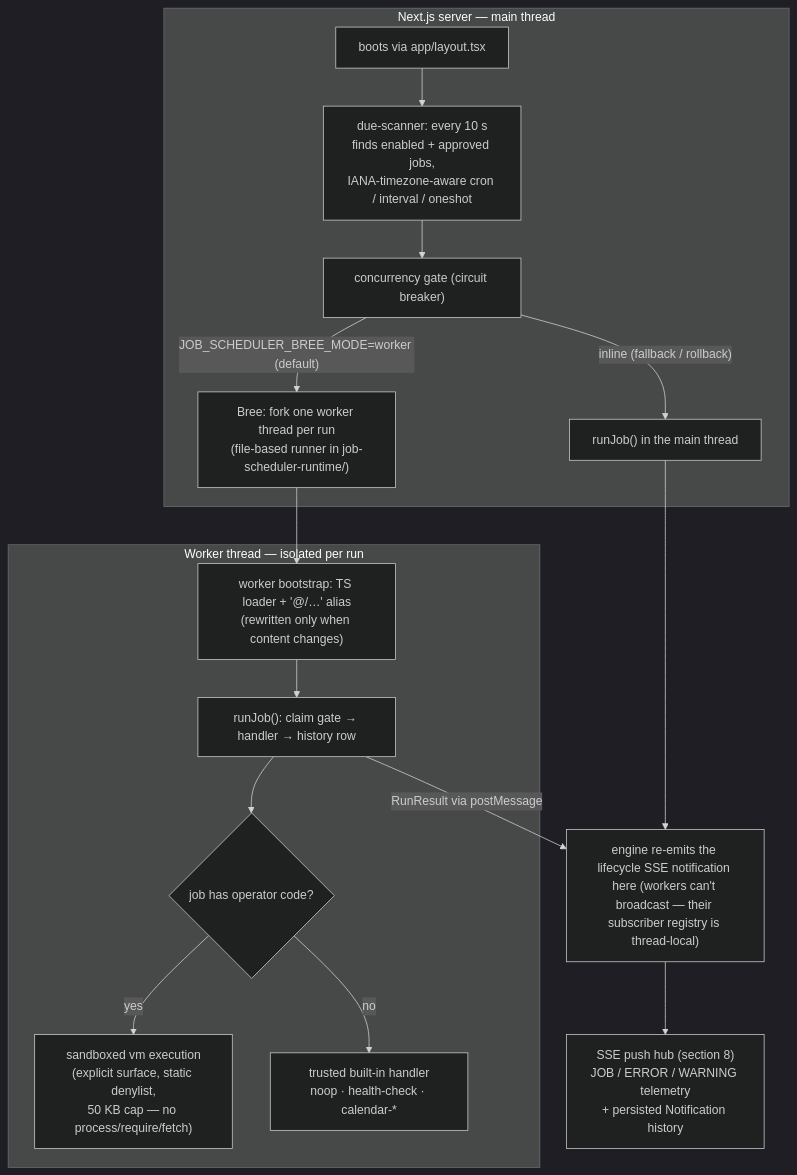
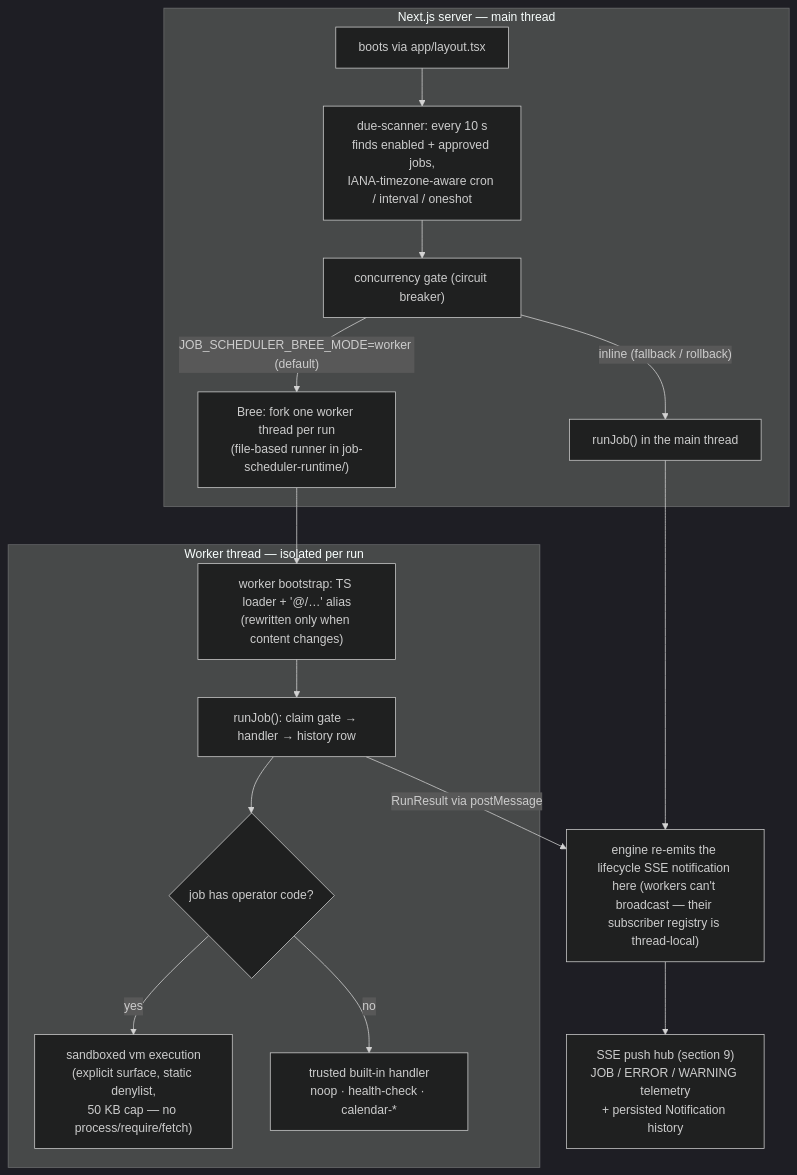
Before and after one commit to johnlynas/nipp: the second of 2 diagrams in README.md, drawn with Mermaid (dark theme). The commit also changed other lines of this file and 17 other files, not shown here.

First line of the commit message:
feat(org-chart): interactive organization chart (org → teams → members) + as-built docs (#15)

````diff
--- a/README.md
+++ b/README.md
@@ -449,23 +520,23 @@
 ```mermaid
 flowchart TB
     subgraph MT[Next.js server — main thread]
         BOOT["boots via app/layout.tsx"] --> SCAN["due-scanner: every 10 s<br/>finds enabled + approved jobs,<br/>IANA-timezone-aware cron / interval / oneshot"]
         SCAN --> GATE["concurrency gate (circuit breaker)"]
         GATE -- "JOB_SCHEDULER_BREE_MODE=worker (default)" --> FORK["Bree: fork one worker thread per run<br/>(file-based runner in job-scheduler-runtime/)"]
         GATE -- "inline (fallback / rollback)" --> INLINE["runJob() in the main thread"]
     end
 
     subgraph WK[Worker thread — isolated per run]
         FORK --> BOOT2["worker bootstrap: TS loader + '@/…' alias<br/>(rewritten only when content changes)"]
         BOOT2 --> RUN["runJob(): claim gate → handler → history row"]
         RUN --> CODES{"job has operator code?"}
         CODES -- yes --> VM["sandboxed vm execution<br/>(explicit surface, static denylist,<br/>50 KB cap — no process/require/fetch)"]
         CODES -- "no" --> BUILTIN["trusted built-in handler<br/>noop · health-check · calendar-*"]
     end
 
     RUN -- "RunResult via postMessage" --> PARENT["engine re-emits the lifecycle SSE notification here (workers can't broadcast — their subscriber registry is thread-local)"]
     INLINE --> PARENT
-    PARENT --> HUB["SSE push hub (section 8)<br/>JOB / ERROR / WARNING telemetry<br/>+ persisted Notification history"]
+    PARENT --> HUB["SSE push hub (section 9)<br/>JOB / ERROR / WARNING telemetry<br/>+ persisted Notification history"]
 
     linkStyle default interpolate spline;
 ```
````
